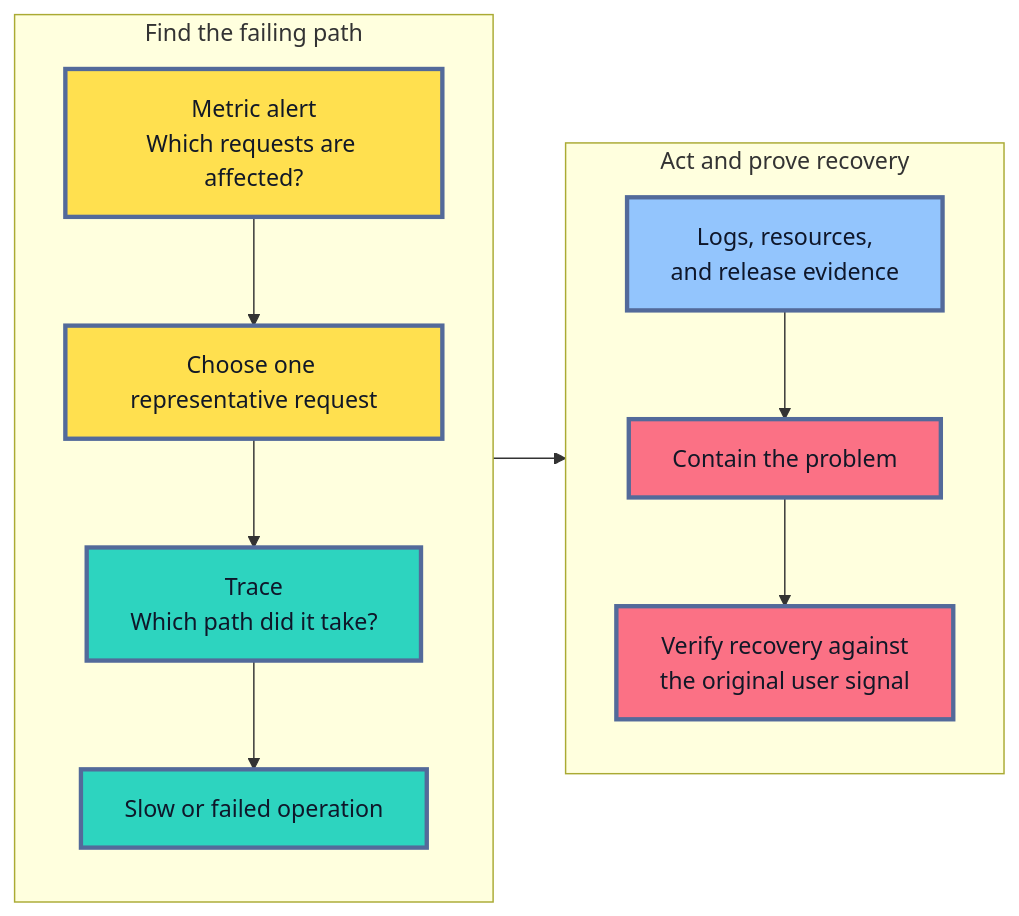
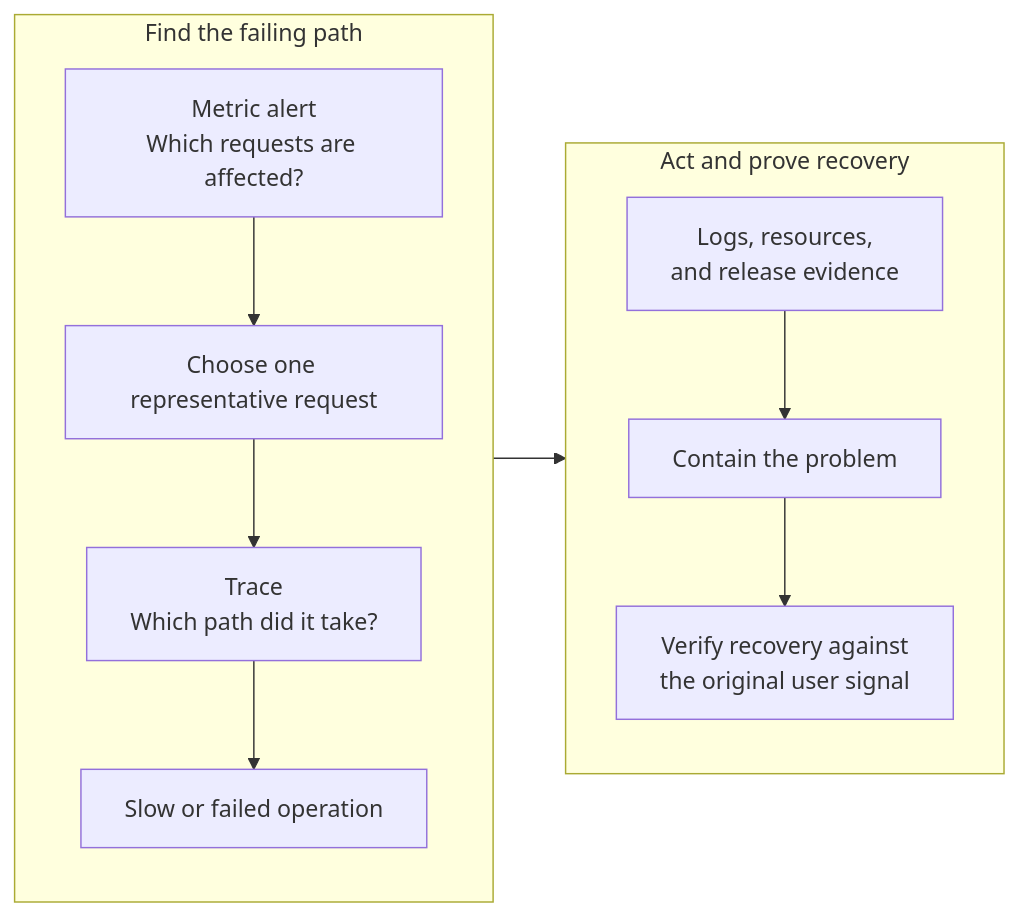
One commit to senlinyy/dev-roadmaps changed the second of 11 diagrams in roadmaps/mlops/modules/monitoring-and-feedback/system-observability/03-tracing-ml-services.md. Above: the diagram before and after it, drawn with Mermaid. The commit also changed other lines of this file and 152 other files, not shown here.

Commit message:
feat: mlops and diagrams updated

````diff
--- a/roadmaps/mlops/modules/monitoring-and-feedback/system-observability/03-tracing-ml-services.md
+++ b/roadmaps/mlops/modules/monitoring-and-feedback/system-observability/03-tracing-ml-services.md
@@ -81,24 +81,20 @@
 ```mermaid
 flowchart LR
     subgraph DIAGNOSE["Find the failing path"]
         direction TB
         A["Metric alert<br/>Which requests are affected?"] --> B["Choose one representative request"]
         B --> C["Trace<br/>Which path did it take?"]
         C --> D["Slow or failed operation"]
     end
     subgraph RECOVER["Act and prove recovery"]
         direction TB
         E["Logs, resources,<br/>and release evidence"] --> F["Contain the problem"]
         F --> G["Verify recovery against<br/>the original user signal"]
     end
     D --> E
 
-    classDef symptom fill:#FFE04F,stroke:#536A9A,stroke-width:3px,color:#111827
-    classDef trace fill:#2DD4BF,stroke:#536A9A,stroke-width:3px,color:#0F172A
-    classDef evidence fill:#93C5FD,stroke:#536A9A,stroke-width:3px,color:#0F172A
-    classDef action fill:#FB7185,stroke:#536A9A,stroke-width:3px,color:#111827
     class A,B symptom
     class C,D trace
     class E evidence
     class F,G action
 ```
````
